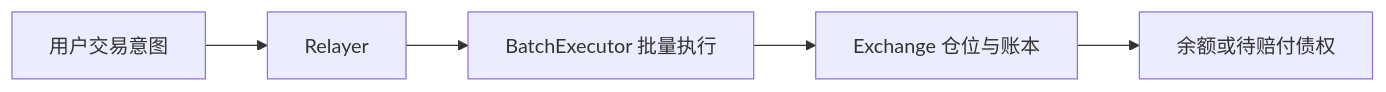
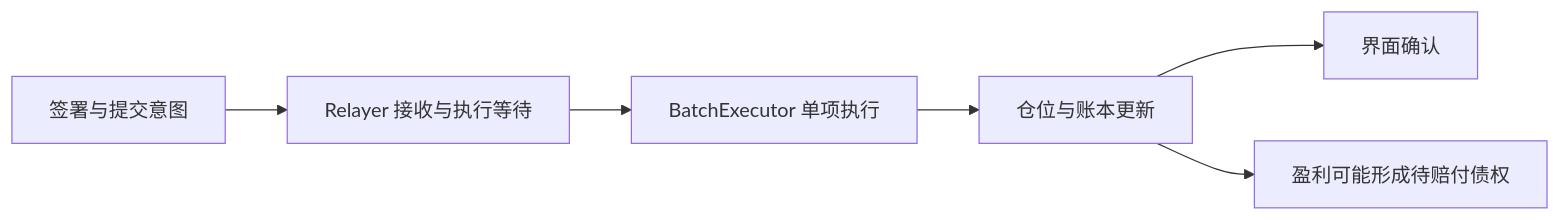
The diagram in README.zh-CN.md (KoNit-K/papertrade-lab), drawn with Mermaid before and after one commit. The commit also changed other lines of this file and 19 other files, not shown here.

````diff
--- a/README.zh-CN.md
+++ b/README.zh-CN.md
@@ -22,7 +20,8 @@
 ```mermaid
 flowchart LR
-    A[用户交易意图] --> B[Relayer]
-    B --> C[BatchExecutor 批量执行]
-    C --> D[Exchange 仓位与账本]
-    D --> E[余额或待赔付债权]
+    A[签署与提交意图] --> B[Relayer 接收与执行等待]
+    B --> C[BatchExecutor 单项执行]
+    C --> D[仓位与账本更新]
+    D --> E[界面确认]
+    D --> F[盈利可能形成待赔付债权]
 ```
````
